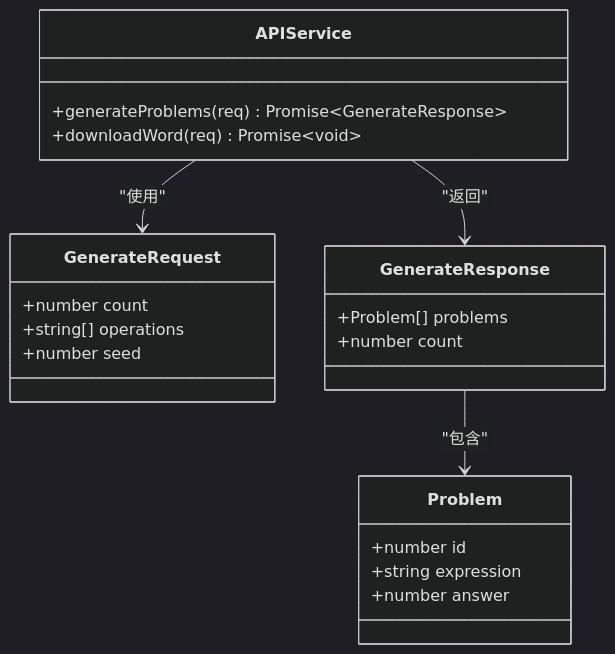
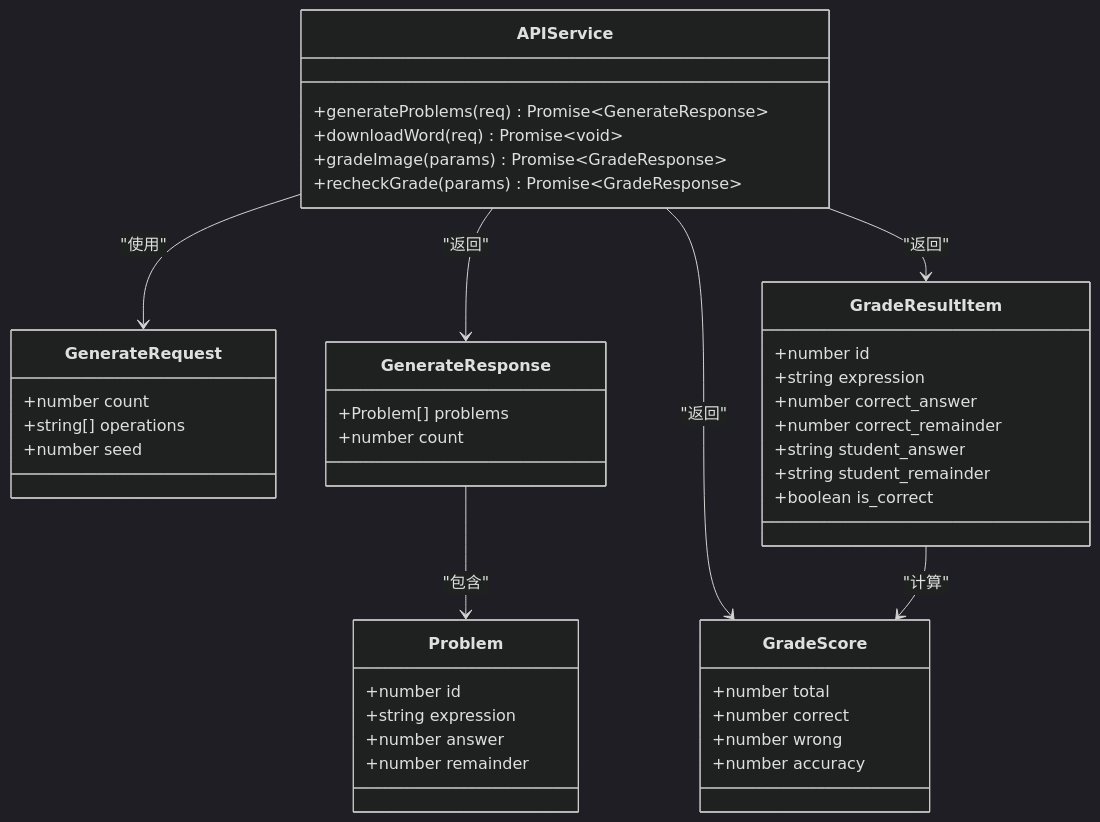
One commit to SimonWHL/math-learning changed the ninth of 11 diagrams in .qoder/repowiki/zh/content/项目结构/前端用户界面.md. Above: the diagram before and after it, drawn with Mermaid (dark theme). The commit also changed other lines of this file and 17 other files, not shown here.

````diff
--- a/.qoder/repowiki/zh/content/项目结构/前端用户界面.md
+++ b/.qoder/repowiki/zh/content/项目结构/前端用户界面.md
@@ -229,24 +334,45 @@
 ```mermaid
 classDiagram
 class Problem {
 +number id
 +string expression
 +number answer
++number remainder
 }
 class GenerateRequest {
 +number count
 +string[] operations
 +number seed
 }
 class GenerateResponse {
 +Problem[] problems
 +number count
 }
+class GradeResultItem {
++number id
++string expression
++number correct_answer
++number correct_remainder
++string student_answer
++string student_remainder
++boolean is_correct
+}
+class GradeScore {
++number total
++number correct
++number wrong
++number accuracy
+}
 class APIService {
 +generateProblems(req) Promise~GenerateResponse~
 +downloadWord(req) Promise~void~
++gradeImage(params) Promise~GradeResponse~
++recheckGrade(params) Promise~GradeResponse~
 }
 APIService --> GenerateRequest : "使用"
 APIService --> GenerateResponse : "返回"
+APIService --> GradeResultItem : "返回"
+APIService --> GradeScore : "返回"
 GenerateResponse --> Problem : "包含"
+GradeResultItem --> GradeScore : "计算"
 ```
````
